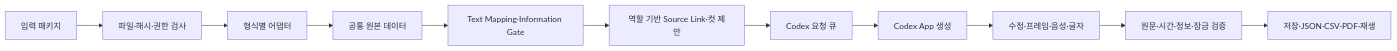
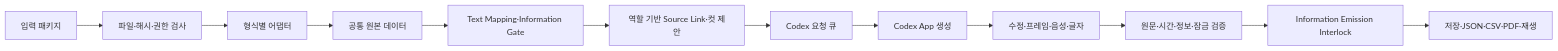
One commit to zzocojoa/storyboard-generator changed the diagram in docs/02-design/features/storyboard-generator.design.md. Above: the diagram before and after it, drawn with Mermaid. The commit also changed other lines of this file and 32 other files, not shown here.

````diff
--- a/docs/02-design/features/storyboard-generator.design.md
+++ b/docs/02-design/features/storyboard-generator.design.md
@@ -15,13 +15,14 @@
 ```mermaid
 flowchart LR
     A[입력 패키지] --> B[파일·해시·권한 검사]
     B --> C[형식별 어댑터]
     C --> D[공통 원본 데이터]
     D --> M[Text Mapping·Information Gate]
     M --> E[역할 기반 Source Link·컷 제안]
     E --> Q[Codex 요청 큐]
     Q --> X[Codex App 생성]
     X --> F[수정·프레임·음성·글자]
     F --> G[원문·시간·정보·잠금 검증]
-    G --> H[저장·JSON·CSV·PDF·재생]
+    G --> I[Information Emission Interlock]
+    I --> H[저장·JSON·CSV·PDF·재생]
 ```
````
